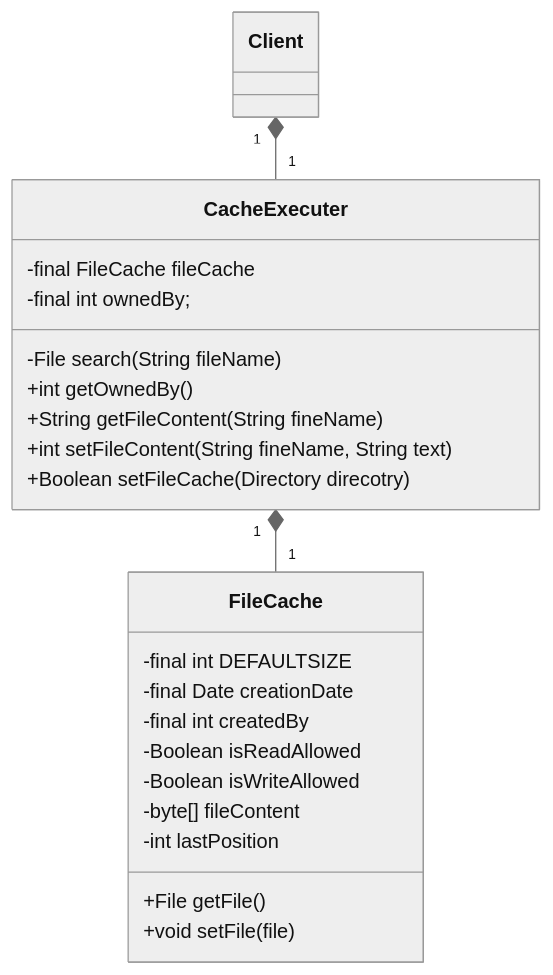
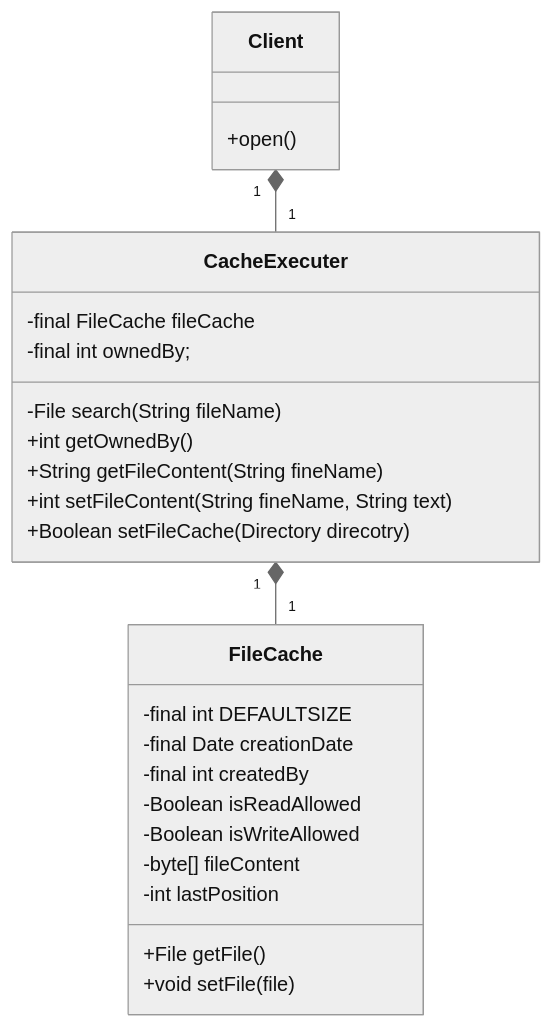
The second of 2 diagrams in design/class.md (kaitokimuraofficial/distributed-file-systems), drawn with Mermaid (neutral theme) before and after one commit. The commit also changed 2 other files, not shown here.

Commit message:
add some

````diff
--- a/design/class.md
+++ b/design/class.md
@@ -30,41 +30,42 @@
 ```mermaid
 classDiagram
   Client "1" *-- "1" CacheExecuter
   CacheExecuter "1" *-- "1" FileCache
 
   class Client{
 
+    +open()
   }
 
   class CacheExecuter {
     -final FileCache fileCache
     -final int ownedBy;
 
     -File search(String fileName)
 
     +int getOwnedBy()
 
     
     +String getFileContent(String fineName)
 
     +int setFileContent(String fineName, String text)
 
     +Boolean setFileCache(Directory direcotry)
   }
   
   class FileCache{
     -final int DEFAULTSIZE
     -final Date creationDate
     -final int createdBy
 
     -Boolean isReadAllowed
     -Boolean isWriteAllowed
 
     -byte[] fileContent
     -int lastPosition
 
     +File getFile()
     +void setFile(file)
   }
 
 ```
````
